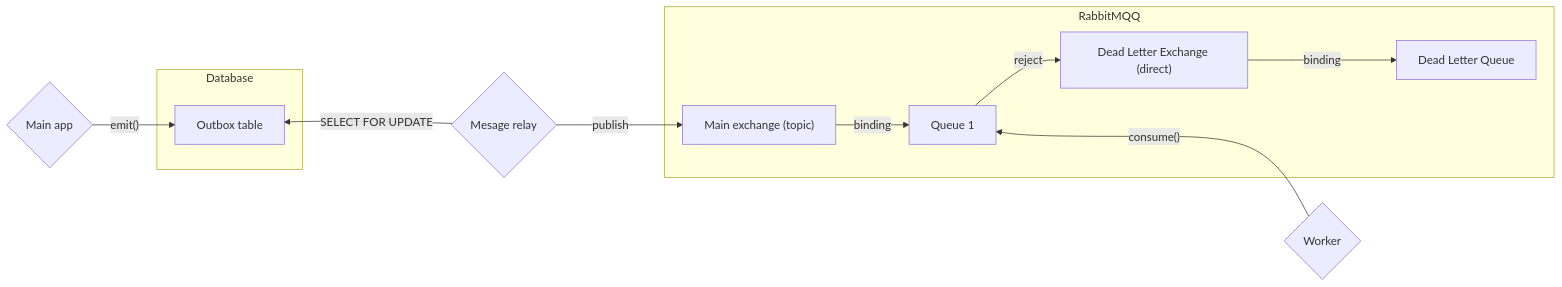
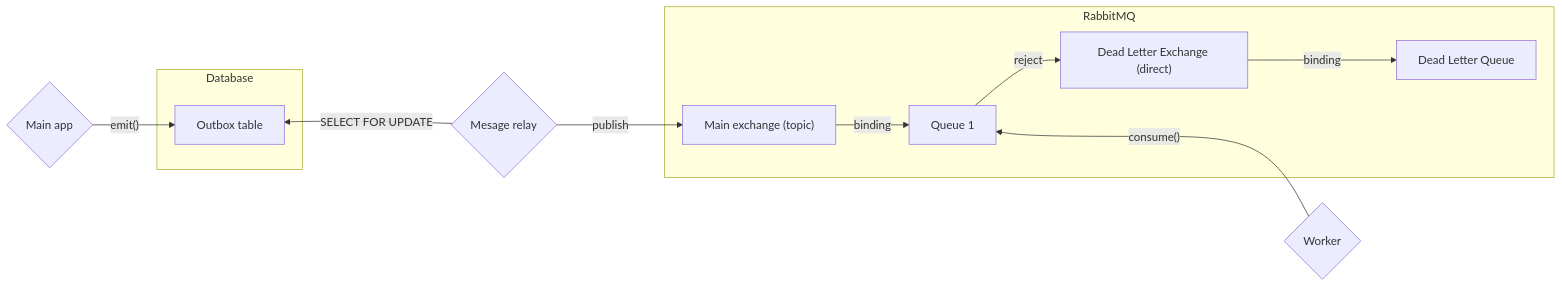
One commit to kbairak/outbox changed the second of 2 diagrams in README.md. Above: the diagram before and after it, drawn with Mermaid. The commit also changed other lines of this file and 2 other files, not shown here.

````diff
--- a/README.md
+++ b/README.md
@@ -190,21 +190,21 @@
 ```mermaid
 flowchart LR
     MA{Main app} -->|"emit()"| DB[Outbox table]
     DB ~~~ MR{Mesage relay}
     MR -->|SELECT FOR UPDATE| DB
     MR ~~~ DB
     MR --->|publish| ME["Main exchange (topic)"]
 
     subgraph Database
     DB
     end
 
-    subgraph RabbitMQQ
+    subgraph RabbitMQ
     ME -->|binding| Q1[Queue 1]
     Q1 -->|reject| DLX["Dead Letter Exchange (direct)"]
     DLX --->|binding| DQ1[Dead Letter Queue]
     end
 
     Q1 ~~~ W{Worker} --->|"consume()"| Q1
     W{Worker} ~~~ Q1
 ```
````
